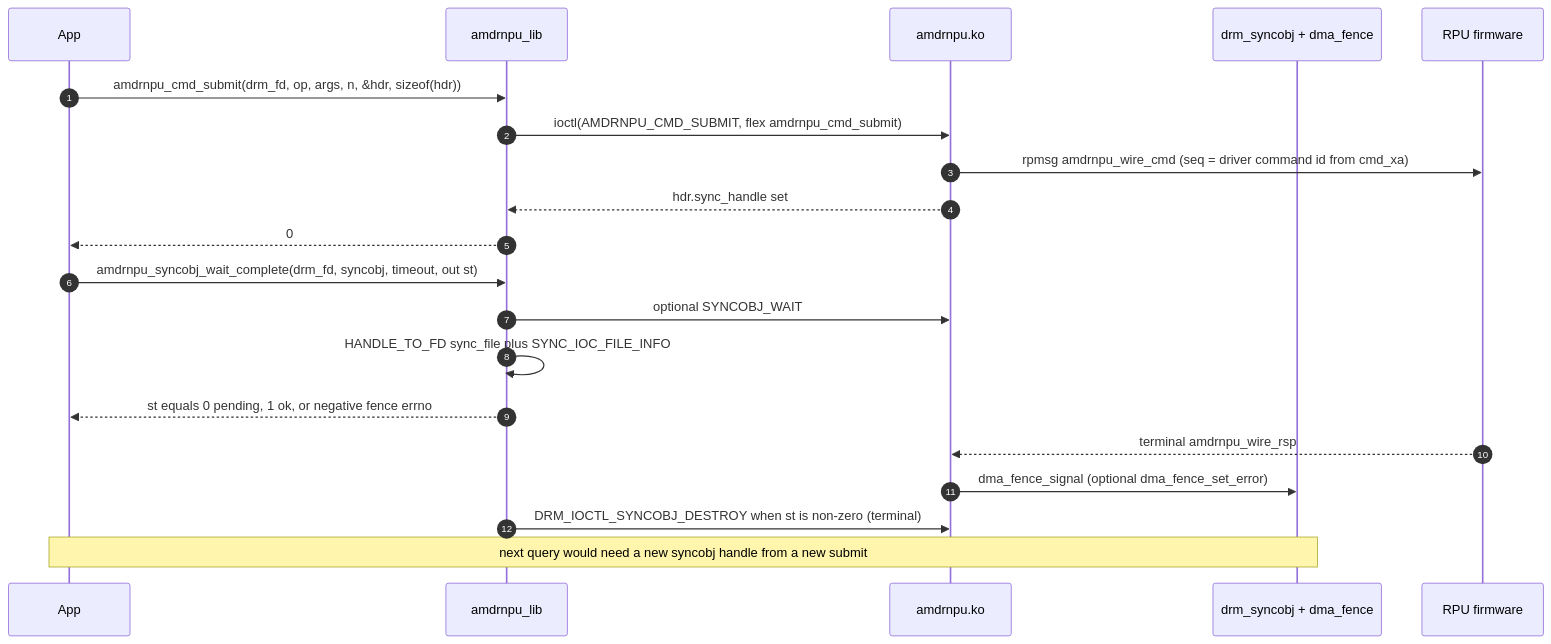
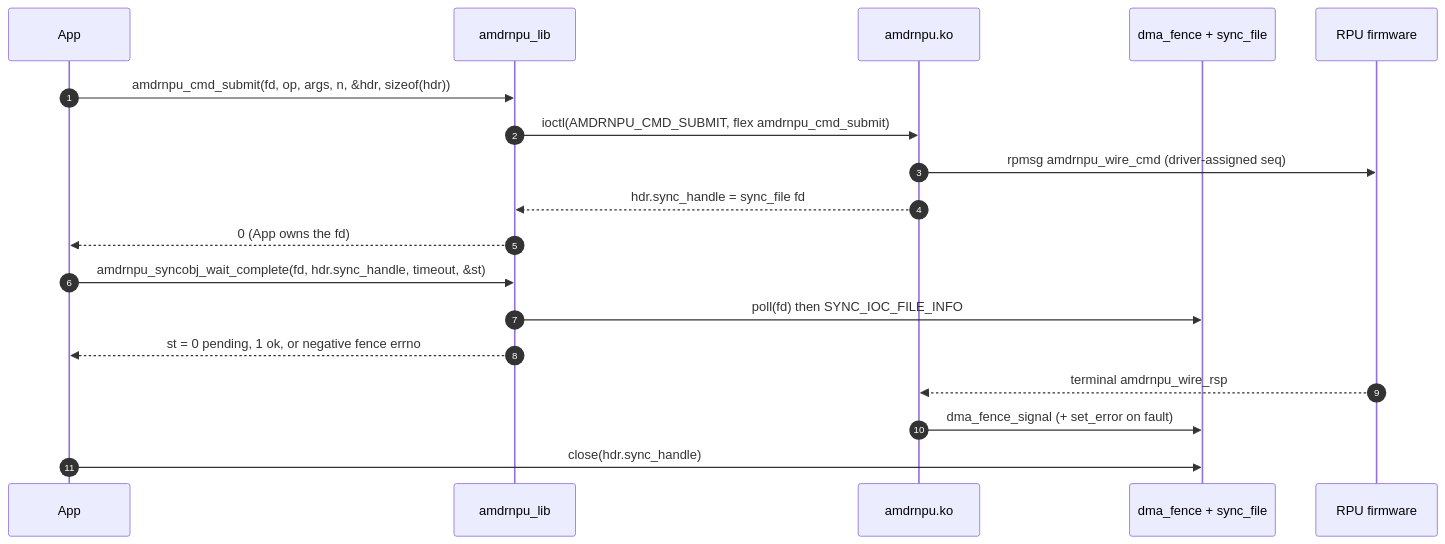
Before and after one commit to Xilinx/amdrnpu: the second of 3 diagrams in docs/lib-userspace-flow.md, drawn with Mermaid. The commit also changed other lines of this file and 11 other files, not shown here.

````diff
--- a/docs/lib-userspace-flow.md
+++ b/docs/lib-userspace-flow.md
@@ -101,25 +115,23 @@
 ```mermaid
 sequenceDiagram
     autonumber
     participant App
     participant Lib as amdrnpu_lib
     participant K as amdrnpu.ko
-    participant SO as drm_syncobj + dma_fence
+    participant F as dma_fence + sync_file
     participant RPU as RPU firmware
 
-    App->>Lib: amdrnpu_cmd_submit(drm_fd, op, args, n, &hdr, sizeof(hdr))
+    App->>Lib: amdrnpu_cmd_submit(fd, op, args, n, &hdr, sizeof(hdr))
     Lib->>K: ioctl(AMDRNPU_CMD_SUBMIT, flex amdrnpu_cmd_submit)
-    K->>RPU: rpmsg amdrnpu_wire_cmd (seq = driver command id from cmd_xa)
-    K-->>Lib: hdr.sync_handle set
-    Lib-->>App: 0
+    K->>RPU: rpmsg amdrnpu_wire_cmd (driver-assigned seq)
+    K-->>Lib: hdr.sync_handle = sync_file fd
+    Lib-->>App: 0 (App owns the fd)
 
-    App->>Lib: amdrnpu_syncobj_wait_complete(drm_fd, syncobj, timeout, out st)
-    Lib->>K: optional SYNCOBJ_WAIT
-    Lib->>Lib: HANDLE_TO_FD sync_file plus SYNC_IOC_FILE_INFO
-    Lib-->>App: st equals 0 pending, 1 ok, or negative fence errno
+    App->>Lib: amdrnpu_syncobj_wait_complete(fd, hdr.sync_handle, timeout, &st)
+    Lib->>F: poll(fd) then SYNC_IOC_FILE_INFO
+    Lib-->>App: st = 0 pending, 1 ok, or negative fence errno
 
     RPU-->>K: terminal amdrnpu_wire_rsp
-    K->>SO: dma_fence_signal (optional dma_fence_set_error)
-    Lib->>K: DRM_IOCTL_SYNCOBJ_DESTROY when st is non-zero (terminal)
-    Note over App,SO: next query would need a new syncobj handle from a new submit
+    K->>F: dma_fence_signal (+ set_error on fault)
+    App->>F: close(hdr.sync_handle)
 ```
````
